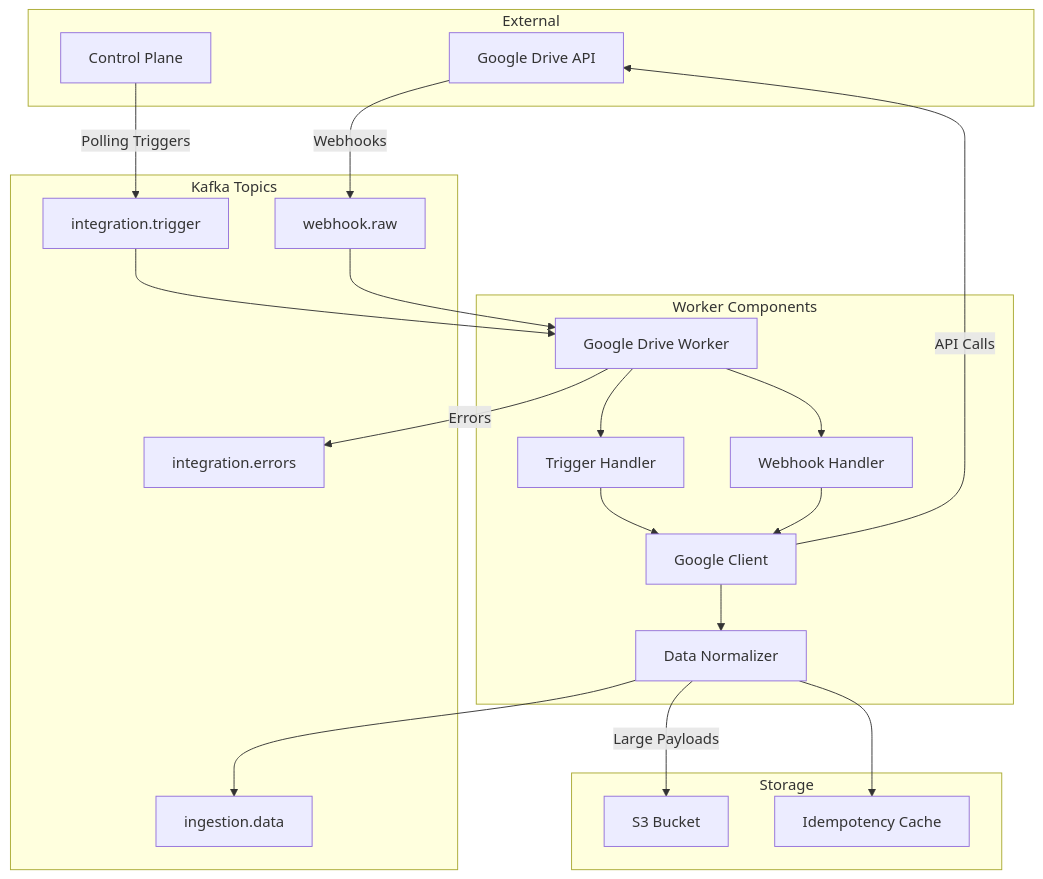
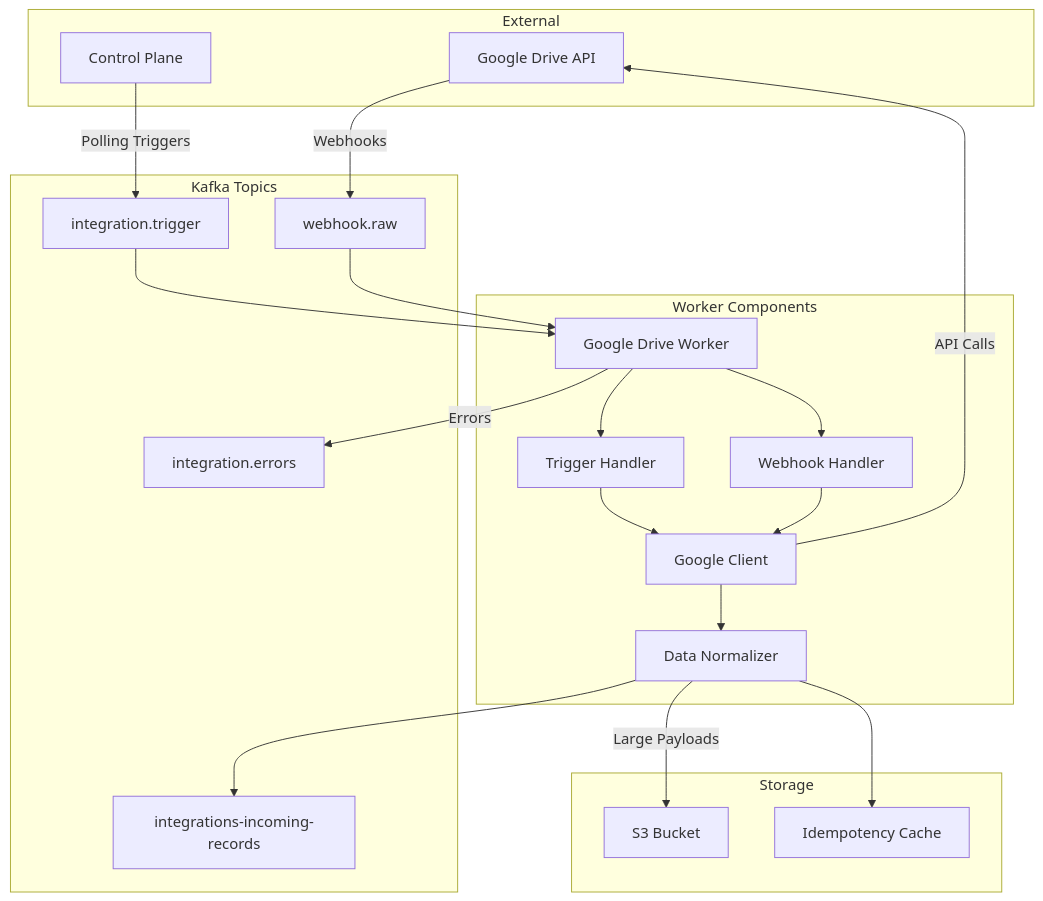
The diagram in README.md (clusterahq/clustera-integration-google-drive), drawn with Mermaid before and after one commit. The commit also changed other lines of this file and 2 other files, not shown here.

First line of the commit message:
docs: update topic references to integrations-incoming-records

````diff
--- a/README.md
+++ b/README.md
@@ -64,42 +64,42 @@
 ```mermaid
 graph TB
     subgraph "External"
         GD[Google Drive API]
         CP[Control Plane]
     end
 
     subgraph "Kafka Topics"
         IT[integration.trigger]
         WR[webhook.raw]
-        ID[ingestion.data]
+        ID[integrations-incoming-records]
         IE[integration.errors]
     end
 
     subgraph "Worker Components"
         W[Google Drive Worker]
         TH[Trigger Handler]
         WH[Webhook Handler]
         GC[Google Client]
         DN[Data Normalizer]
     end
 
     subgraph "Storage"
         S3[S3 Bucket]
         IC[Idempotency Cache]
     end
 
     CP -->|Polling Triggers| IT
     GD -->|Webhooks| WR
     IT --> W
     WR --> W
     W --> TH
     W --> WH
     TH --> GC
     WH --> GC
     GC -->|API Calls| GD
     GC --> DN
     DN -->|Large Payloads| S3
     DN --> IC
     DN --> ID
     W -->|Errors| IE
 ```
````
